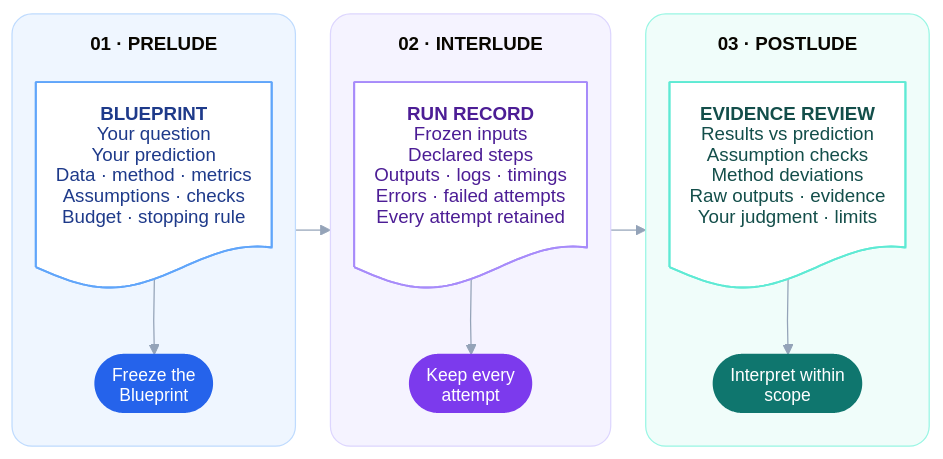
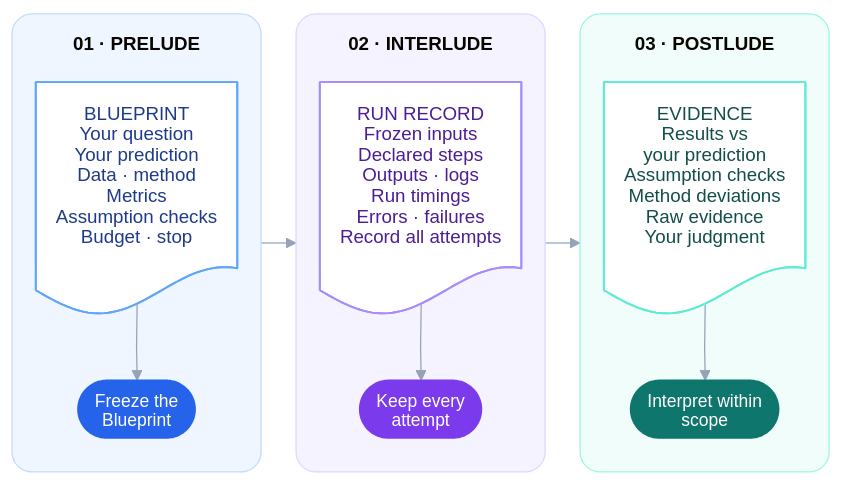
Before and after one commit to MatteoLeonesi/omnilude: the diagram in README.md, drawn with Mermaid.

Commit message:
docs: stabilize workflow labels across Mermaid renderers

````diff
--- a/README.md
+++ b/README.md
@@ -5,81 +5,62 @@
 ```mermaid
 ---
 config:
   theme: base
   htmlLabels: false
-  markdownAutoWrap: false
   fontFamily: Arial
   themeVariables:
     fontFamily: Arial
     fontSize: 15px
     lineColor: '#94a3b8'
   flowchart:
     curve: linear
     padding: 16
     nodeSpacing: 18
     rankSpacing: 28
     subGraphTitleMargin:
       top: 14
       bottom: 14
 ---
 flowchart LR
     subgraph prelude["`**01 · PRELUDE**`"]
         direction TB
-        blueprint["`**BLUEPRINT**
-        Your question
-        Your prediction
-        Data · method · metrics
-        Assumptions · checks
-        Budget · stopping rule`"]
+        blueprint["BLUEPRINT<br/>Your question<br/>Your prediction<br/>Data · method<br/>Metrics<br/>Assumption checks<br/>Budget · stop"]
         blueprint@{ shape: doc }
-        freeze(["`Freeze the
-        Blueprint`"])
+        freeze(["Freeze the<br/>Blueprint"])
         blueprint --> freeze
     end
 
     subgraph interlude["`**02 · INTERLUDE**`"]
         direction TB
-        record["`**RUN RECORD**
-        Frozen inputs
-        Declared steps
-        Outputs · logs · timings
-        Errors · failed attempts
-        Every attempt retained`"]
+        record["RUN RECORD<br/>Frozen inputs<br/>Declared steps<br/>Outputs · logs<br/>Run timings<br/>Errors · failures<br/>Record all attempts"]
         record@{ shape: doc }
-        retain(["`Keep every
-        attempt`"])
+        retain(["Keep every<br/>attempt"])
         record --> retain
     end
 
     subgraph postlude["`**03 · POSTLUDE**`"]
         direction TB
-        evidence["`**EVIDENCE REVIEW**
-        Results vs prediction
-        Assumption checks
-        Method deviations
-        Raw outputs · evidence
-        Your judgment · limits`"]
+        evidence["EVIDENCE<br/>Results vs<br/>your prediction<br/>Assumption checks<br/>Method deviations<br/>Raw evidence<br/>Your judgment"]
         evidence@{ shape: doc }
-        interpret(["`Interpret within
-        scope`"])
+        interpret(["Interpret within<br/>scope"])
         evidence --> interpret
     end
 
     prelude --> interlude --> postlude
 
     classDef bluePaper fill:#ffffff,stroke:#60a5fa,stroke-width:1.5px,color:#1e3a8a,font-family:Arial,font-size:15px
     classDef violetPaper fill:#ffffff,stroke:#a78bfa,stroke-width:1.5px,color:#4c1d95,font-family:Arial,font-size:15px
     classDef tealPaper fill:#ffffff,stroke:#5eead4,stroke-width:1.5px,color:#134e4a,font-family:Arial,font-size:15px
     classDef blue fill:#2563eb,stroke:none,color:#ffffff,font-family:Arial,font-size:14px
     classDef violet fill:#7c3aed,stroke:none,color:#ffffff,font-family:Arial,font-size:14px
     classDef teal fill:#0f766e,stroke:none,color:#ffffff,font-family:Arial,font-size:14px
     class blueprint bluePaper
     class record violetPaper
     class evidence tealPaper
     class freeze blue
     class retain violet
     class interpret teal
     style prelude fill:#eff6ff,stroke:#bfdbfe,color:#1e40af,rx:16,ry:16
     style interlude fill:#f5f3ff,stroke:#ddd6fe,color:#5b21b6,rx:16,ry:16
     style postlude fill:#f0fdfa,stroke:#99f6e4,color:#115e59,rx:16,ry:16
 ```
````
